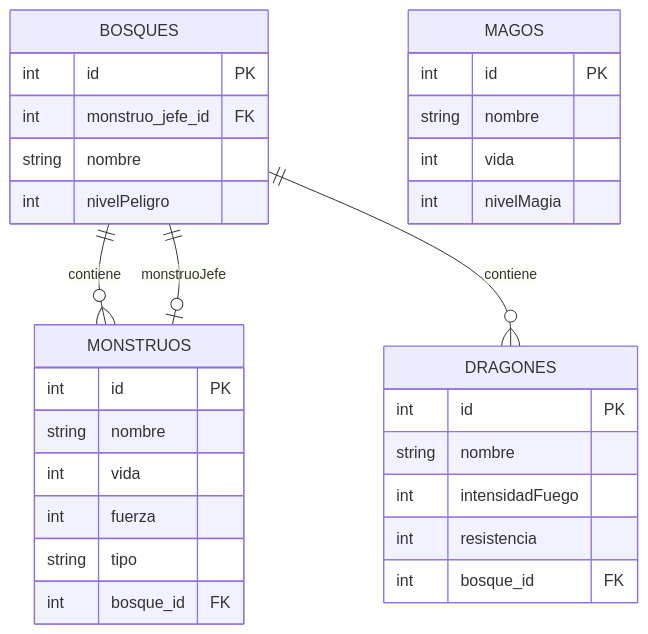
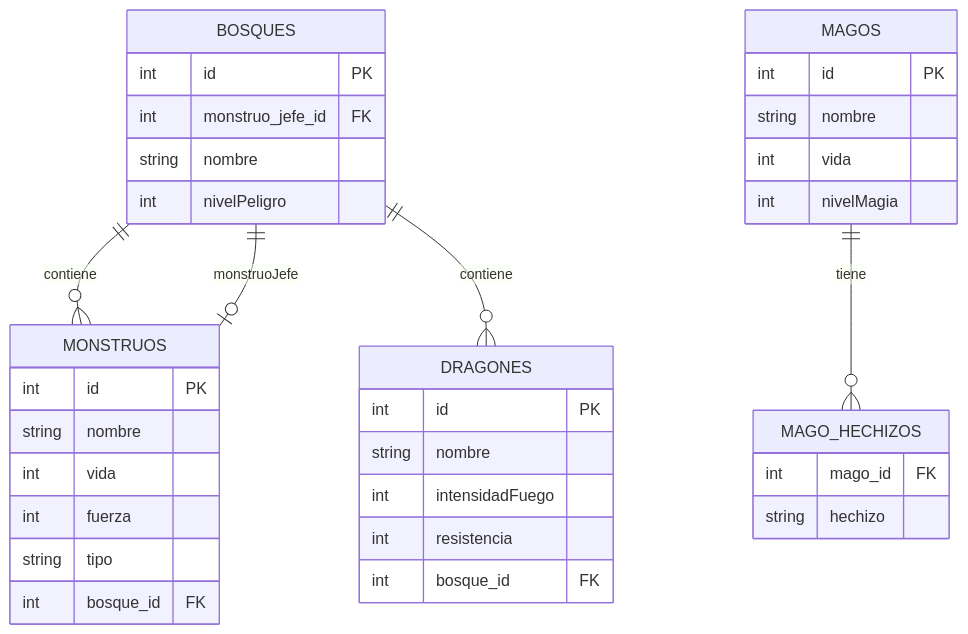
One commit to Marcos15022006/dragonlandia changed the second of 2 diagrams in README.md. Above: the diagram before and after it, drawn with Mermaid. The commit also changed other lines of this file, not shown here.

````diff
--- a/README.md
+++ b/README.md
@@ -114,37 +236,43 @@
 ```mermaid
 erDiagram
     BOSQUES ||--o{ MONSTRUOS : "contiene"
     BOSQUES ||--o{ DRAGONES : "contiene"
     BOSQUES ||--o| MONSTRUOS : "monstruoJefe"
+    MAGOS ||--o{ MAGO_HECHIZOS : "tiene"
     
     BOSQUES {
         int id PK
         int monstruo_jefe_id FK
         string nombre
         int nivelPeligro
     }
     
     MONSTRUOS {
         int id PK
         string nombre
         int vida
         int fuerza
         string tipo
         int bosque_id FK
     }
     
     DRAGONES {
         int id PK
         string nombre
         int intensidadFuego
         int resistencia
         int bosque_id FK
     }
     
     MAGOS {
         int id PK
         string nombre
         int vida
         int nivelMagia
     }
+    
+    MAGO_HECHIZOS {
+        int mago_id FK
+        string hechizo
+    }
 ```
````
